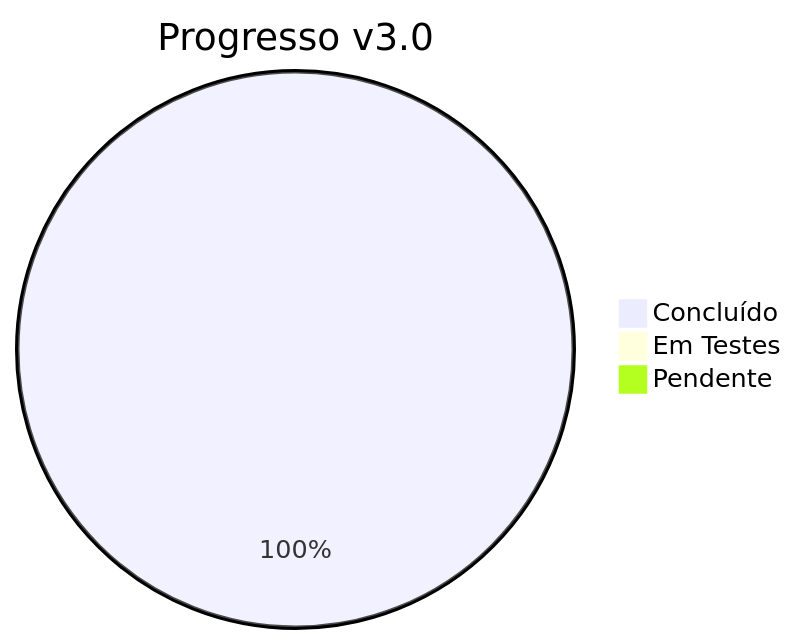
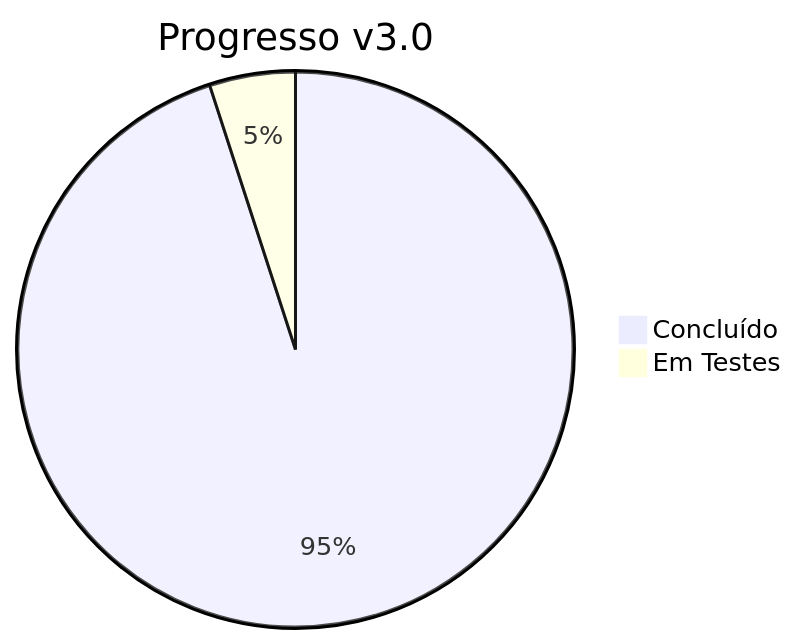
One commit to LeoMedeiros72/Calculadora-3.0 changed the first of 6 diagrams in README.md. Above: the diagram before and after it, drawn with Mermaid.

````diff
--- a/README.md
+++ b/README.md
@@ -72,7 +72,6 @@
 ```mermaid
 pie
     title Progresso v3.0
-    "Concluído" : 100
-    "Em Testes" : 0
-    "Pendente" : 0
+    "Concluído" : 95
+    "Em Testes" : 5
 ```
````
